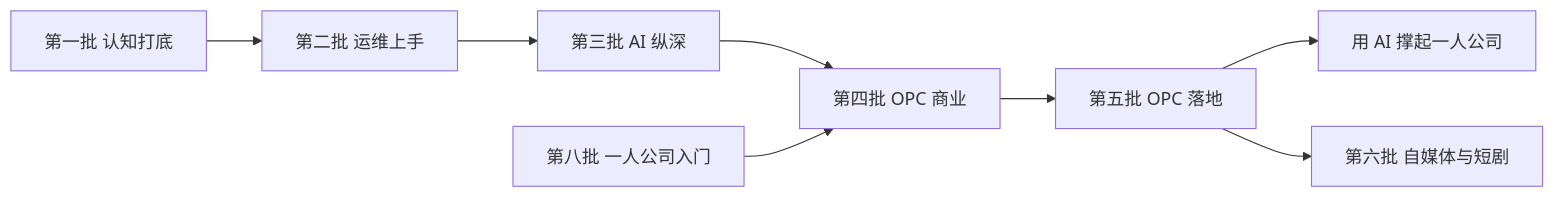
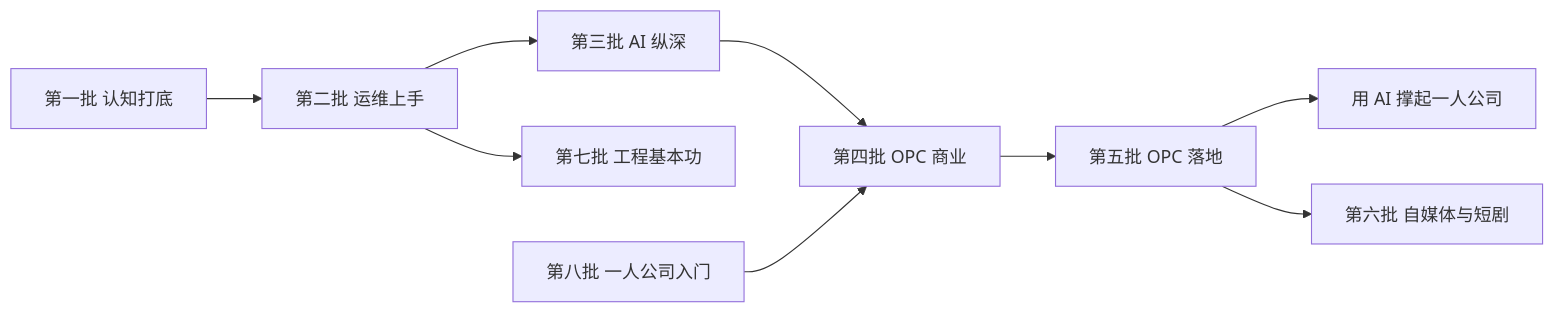
Before and after one commit to jarvis-pro/hatch-shelf: the diagram in books/reading-map/07-reading-paths.md, drawn with Mermaid. The commit also changed other lines of this file and 11 other files, not shown here.

````diff
--- a/books/reading-map/07-reading-paths.md
+++ b/books/reading-map/07-reading-paths.md
@@ -7,10 +7,11 @@
 ```mermaid
 flowchart LR
   B1[第一批 认知打底] --> B2[第二批 运维上手]
   B2 --> B3[第三批 AI 纵深]
   B3 --> B4[第四批 OPC 商业]
   B4 --> B5[第五批 OPC 落地]
   B5 --> END[用 AI 撑起一人公司]
   B5 --> B6[第六批 自媒体与短剧]
+  B2 --> B7[第七批 工程基本功]
   B8[第八批 一人公司入门] --> B4
 ```
````
